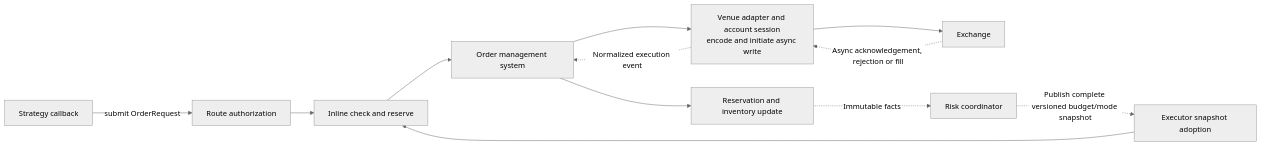
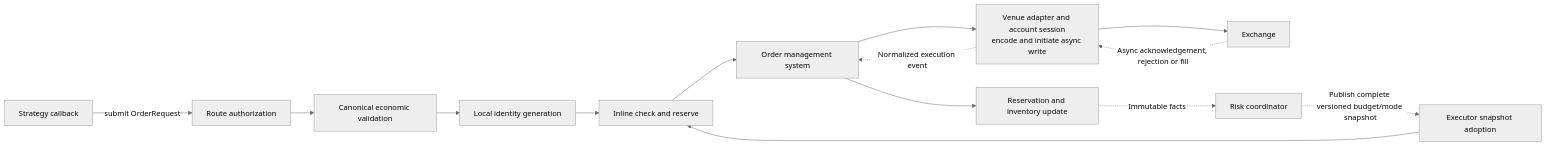
Before and after one commit to KomodorDev/project-AEGIS: the second of 2 diagrams in docs/architecture.md, drawn with Mermaid (neutral theme). The commit also changed other lines of this file and 8 other files, not shown here.

````diff
--- a/docs/architecture.md
+++ b/docs/architecture.md
@@ -314,15 +326,17 @@
 ```mermaid
 flowchart LR
     B["Strategy callback"] -->|"submit OrderRequest"| A["Route authorization"]
-    A --> G["Inline check and reserve"]
+    A --> CV["Canonical economic validation"]
+    CV --> ID["Local identity generation"]
+    ID --> G["Inline check and reserve"]
     G --> O["Order management system"]
     O --> V["Venue adapter and account session<br/>encode and initiate async write"]
     V --> E["Exchange"]
 
     E -. "Async acknowledgement, rejection or fill" .-> V
     V -. "Normalized execution event" .-> O
     O --> L["Reservation and inventory update"]
     L -. "Immutable facts" .-> C["Risk coordinator"]
     C -. "Publish complete versioned budget/mode snapshot" .-> S["Executor snapshot adoption"]
     S --> G
 ```
````
